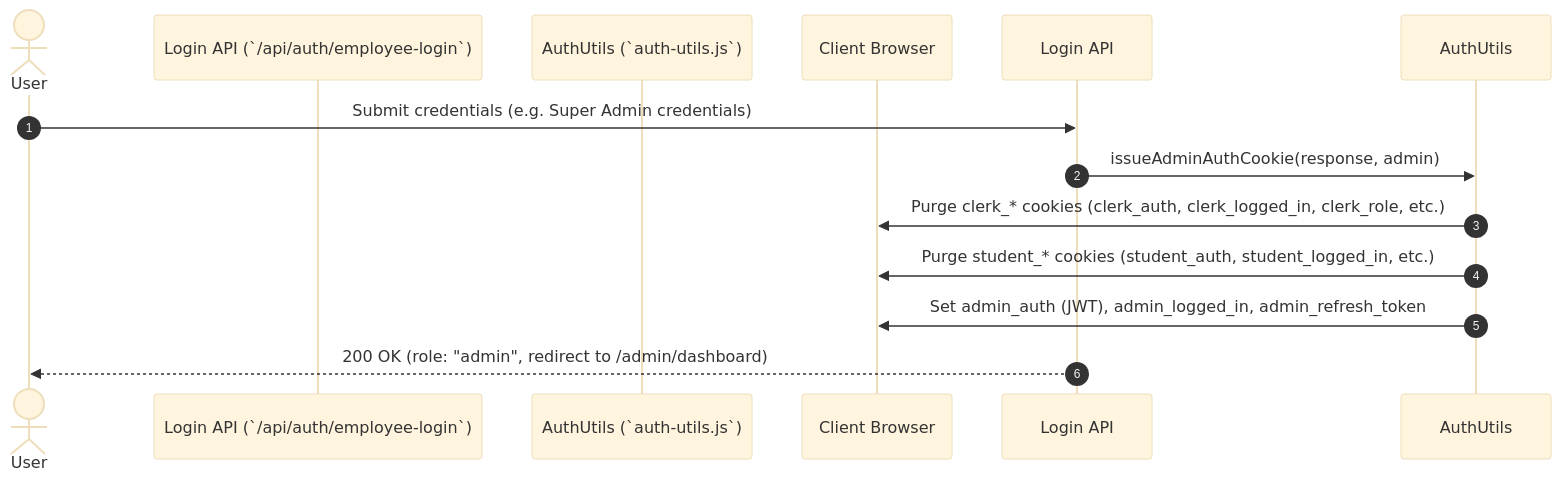
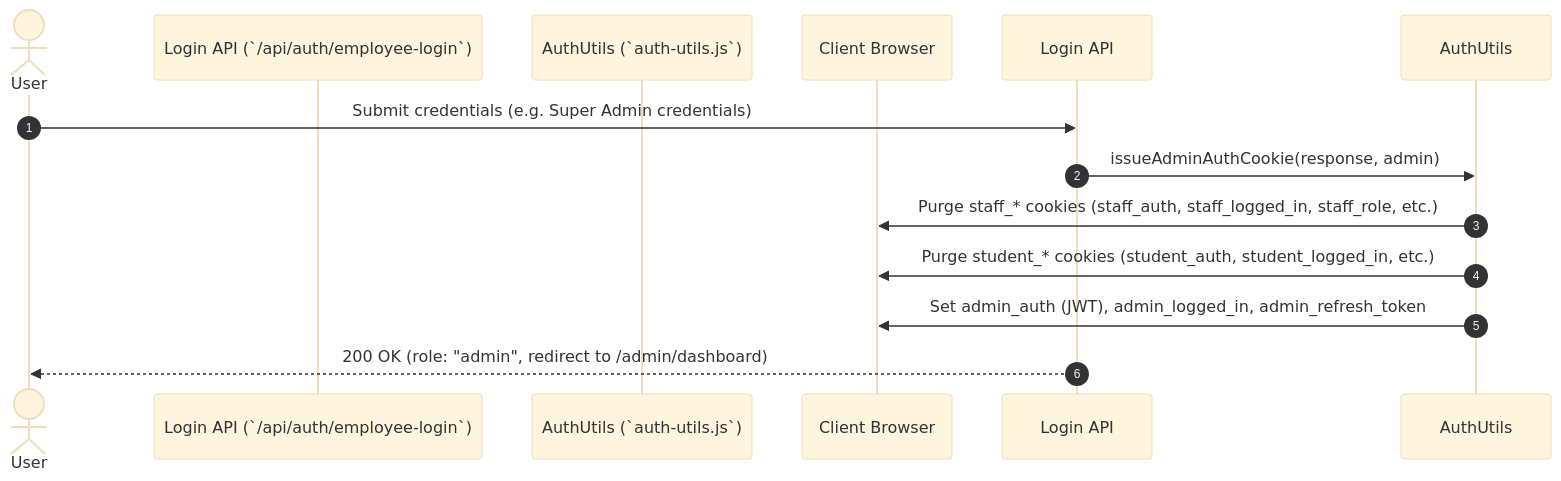
Before and after one commit to GouthamA15/KUCET_College_Management_System: the first of 2 diagrams in DOCUMENTATION/authentication/authentication.md, drawn with Mermaid (base theme). The commit also changed other lines of this file and 10 other files, not shown here.

Commit message:
docs: align documentation with staff architecture and canonical storage hierarchy

````diff
--- a/DOCUMENTATION/authentication/authentication.md
+++ b/DOCUMENTATION/authentication/authentication.md
@@ -64,15 +65,15 @@
 ```mermaid
 sequenceDiagram
     autonumber
     actor User
     participant Login API (`/api/auth/employee-login`)
     participant AuthUtils (`auth-utils.js`)
     participant Client Browser
 
     User->>Login API: Submit credentials (e.g. Super Admin credentials)
     Login API->>AuthUtils: issueAdminAuthCookie(response, admin)
-    AuthUtils->>Client Browser: Purge clerk_* cookies (clerk_auth, clerk_logged_in, clerk_role, etc.)
+    AuthUtils->>Client Browser: Purge staff_* cookies (staff_auth, staff_logged_in, staff_role, etc.)
     AuthUtils->>Client Browser: Purge student_* cookies (student_auth, student_logged_in, etc.)
     AuthUtils->>Client Browser: Set admin_auth (JWT), admin_logged_in, admin_refresh_token
     Login API-->>User: 200 OK (role: "admin", redirect to /admin/dashboard)
 ```
````
